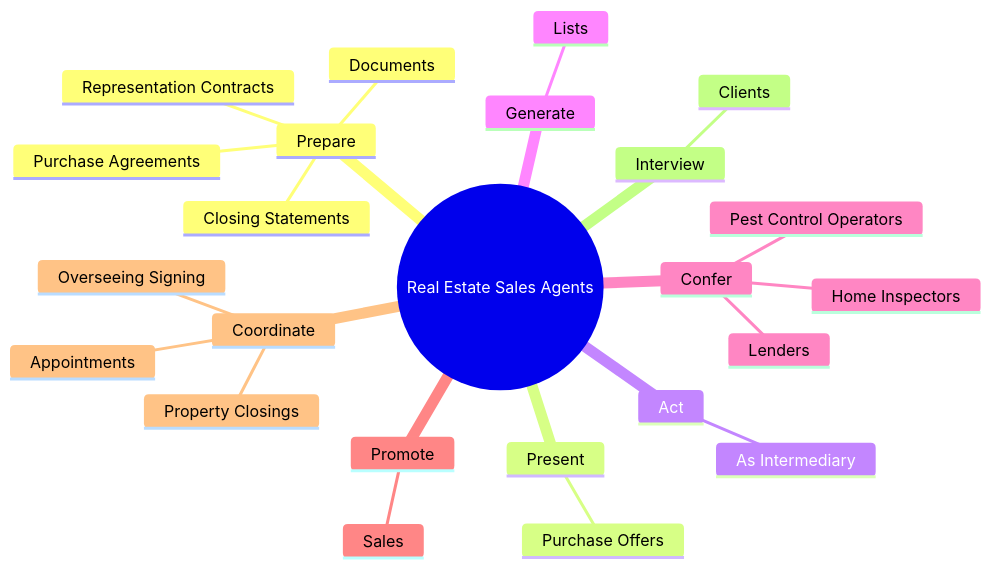
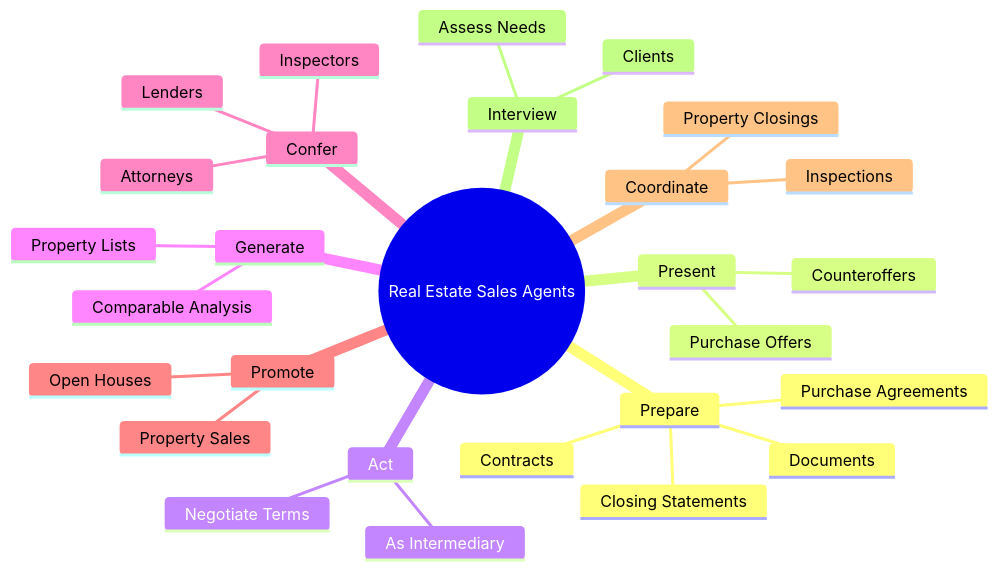
Before and after one commit to kziemski/business.org.ai: the second of 4 diagrams in occupations/Sales/RealEstateSalesAgents.mdx, drawn with Mermaid. The commit also changed other lines of this file and 938 other files, not shown here.

````diff
--- a/occupations/Sales/RealEstateSalesAgents.mdx
+++ b/occupations/Sales/RealEstateSalesAgents.mdx
@@ -37,27 +45,31 @@
 ```mermaid
 mindmap
     root(("Real Estate Sales Agents"))
         Prepare
             Documents
-            Representation Contracts
+            Contracts
             Purchase Agreements
             Closing Statements
         Present
             Purchase Offers
+            Counteroffers
         Act
             As Intermediary
+            Negotiate Terms
         Generate
-            Lists
+            Property Lists
+            Comparable Analysis
         Confer
             Lenders
-            Home Inspectors
-            Pest Control Operators
+            Inspectors
+            Attorneys
         Promote
-            Sales
+            Property Sales
+            Open Houses
         Coordinate
             Property Closings
-            Overseeing Signing
-            Appointments
+            Inspections
         Interview
             Clients
+            Assess Needs
 ```
````
